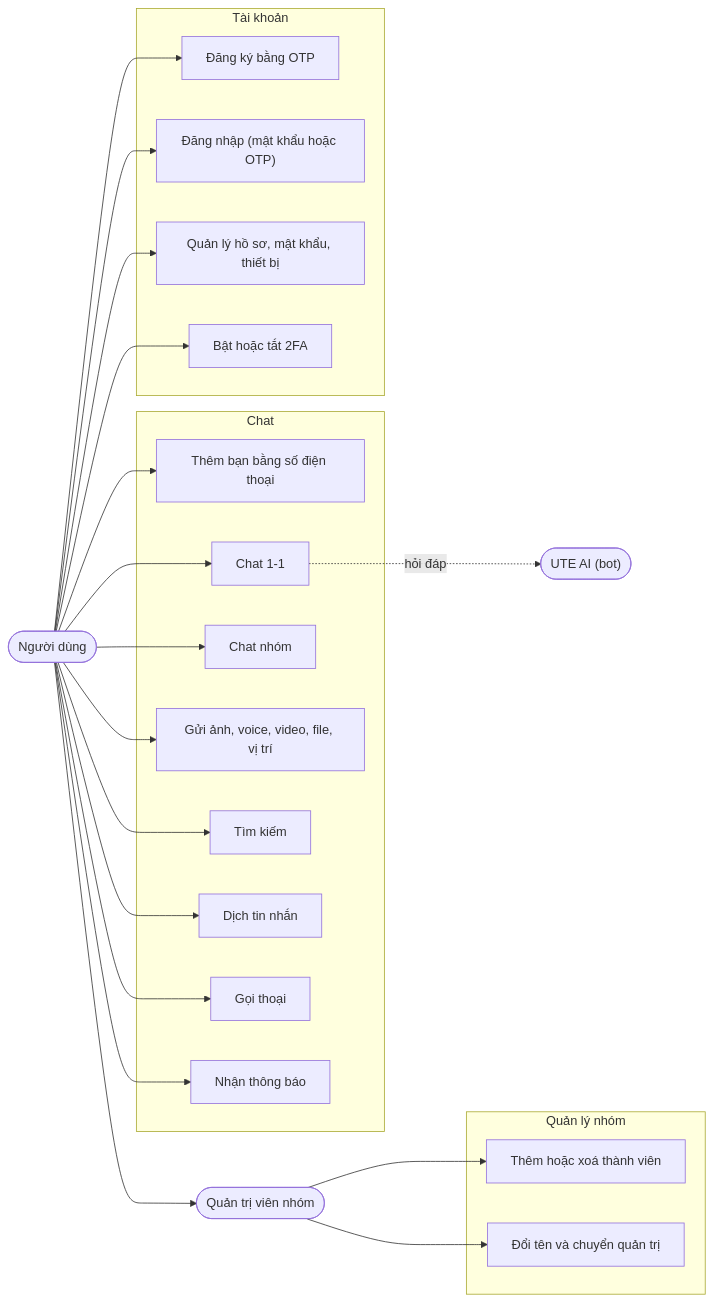
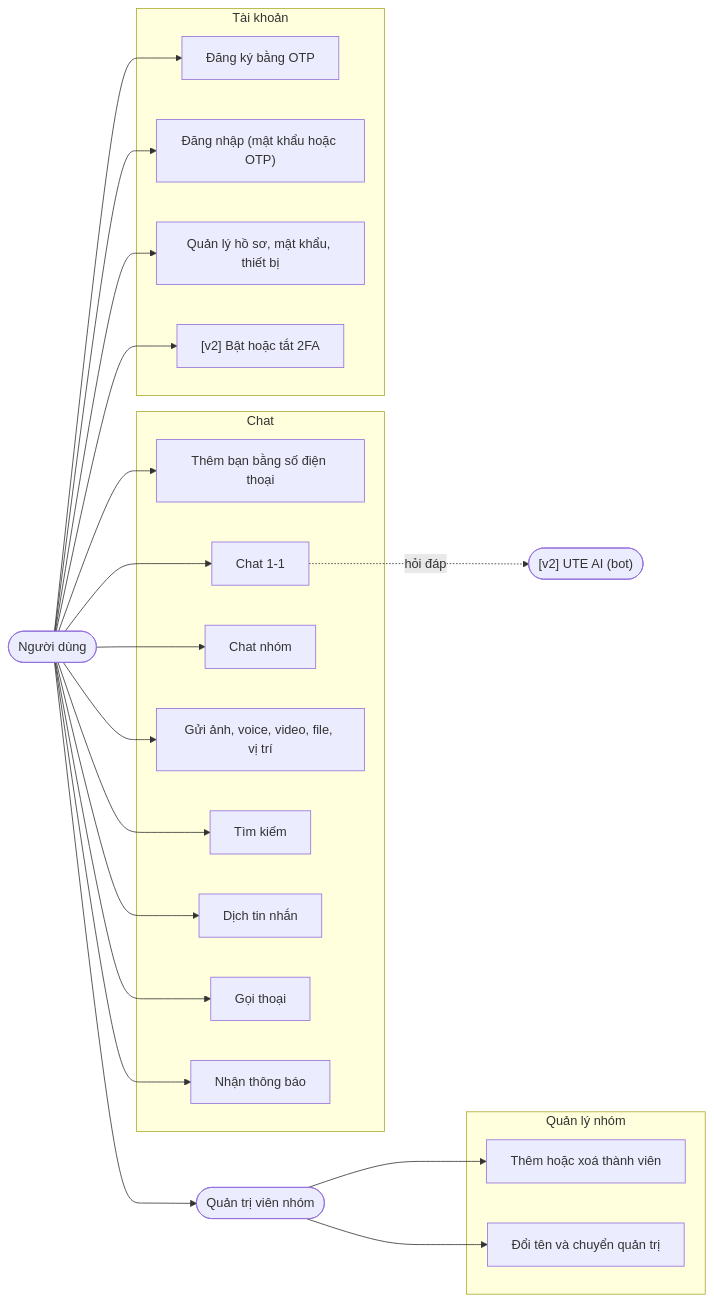
One commit to Project-Mobile-TEAM/Project_Mobile changed the diagram in docs/README.md. Above: the diagram before and after it, drawn with Mermaid. The commit also changed 13 other files, not shown here.

````diff
--- a/docs/README.md
+++ b/docs/README.md
@@ -35,32 +35,32 @@
 ```mermaid
 flowchart LR
     U(["Người dùng"])
-    Bot(["UTE AI (bot)"])
+    Bot(["[v2] UTE AI (bot)"])
     Adm(["Quản trị viên nhóm"])
 
     subgraph TK["Tài khoản"]
         UC1["Đăng ký bằng OTP"]
         UC2["Đăng nhập (mật khẩu hoặc OTP)"]
         UC3["Quản lý hồ sơ, mật khẩu, thiết bị"]
-        UC4["Bật hoặc tắt 2FA"]
+        UC4["[v2] Bật hoặc tắt 2FA"]
     end
     subgraph CH["Chat"]
         UC5["Thêm bạn bằng số điện thoại"]
         UC6["Chat 1-1"]
         UC7["Chat nhóm"]
         UC8["Gửi ảnh, voice, video, file, vị trí"]
         UC9["Tìm kiếm"]
         UC10["Dịch tin nhắn"]
         UC11["Gọi thoại"]
         UC12["Nhận thông báo"]
     end
     subgraph QL["Quản lý nhóm"]
         UC13["Thêm hoặc xoá thành viên"]
         UC14["Đổi tên và chuyển quản trị"]
     end
 
     U --> UC1 & UC2 & UC3 & UC4 & UC5 & UC6 & UC7 & UC8 & UC9 & UC10 & UC11 & UC12
     Adm --> UC13 & UC14
     U --> Adm
     UC6 -. "hỏi đáp" .-> Bot
 ```
````
